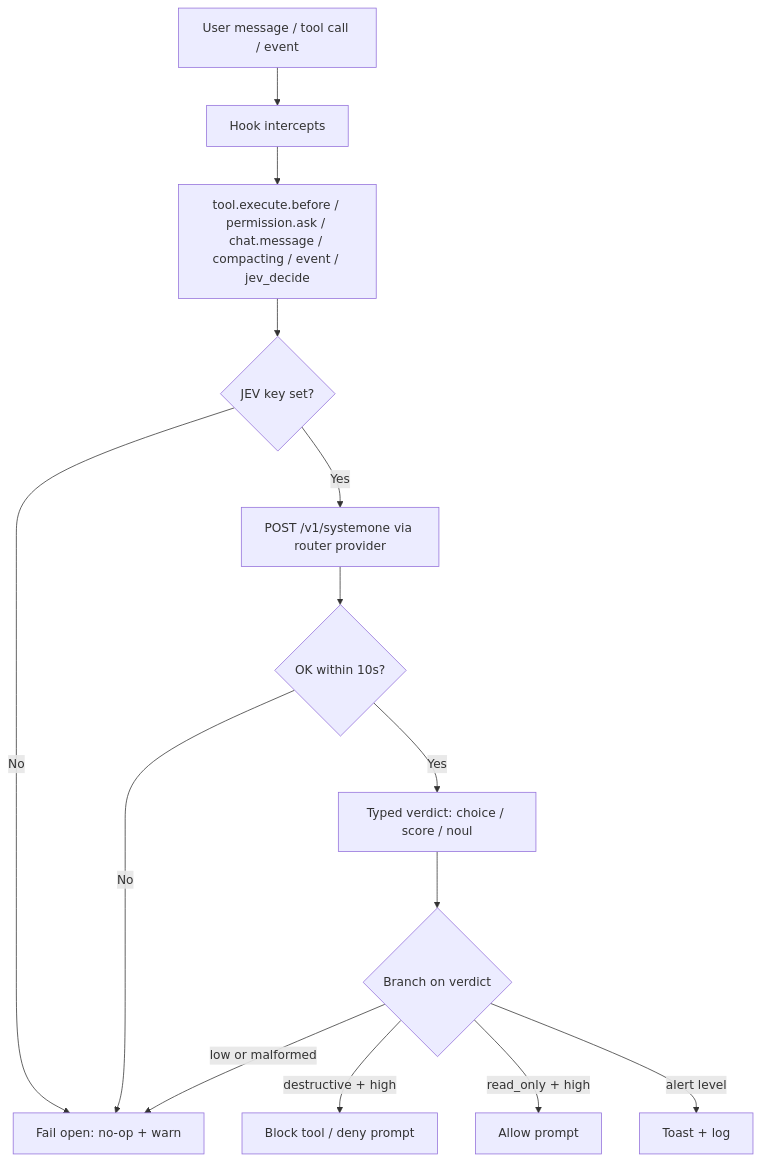
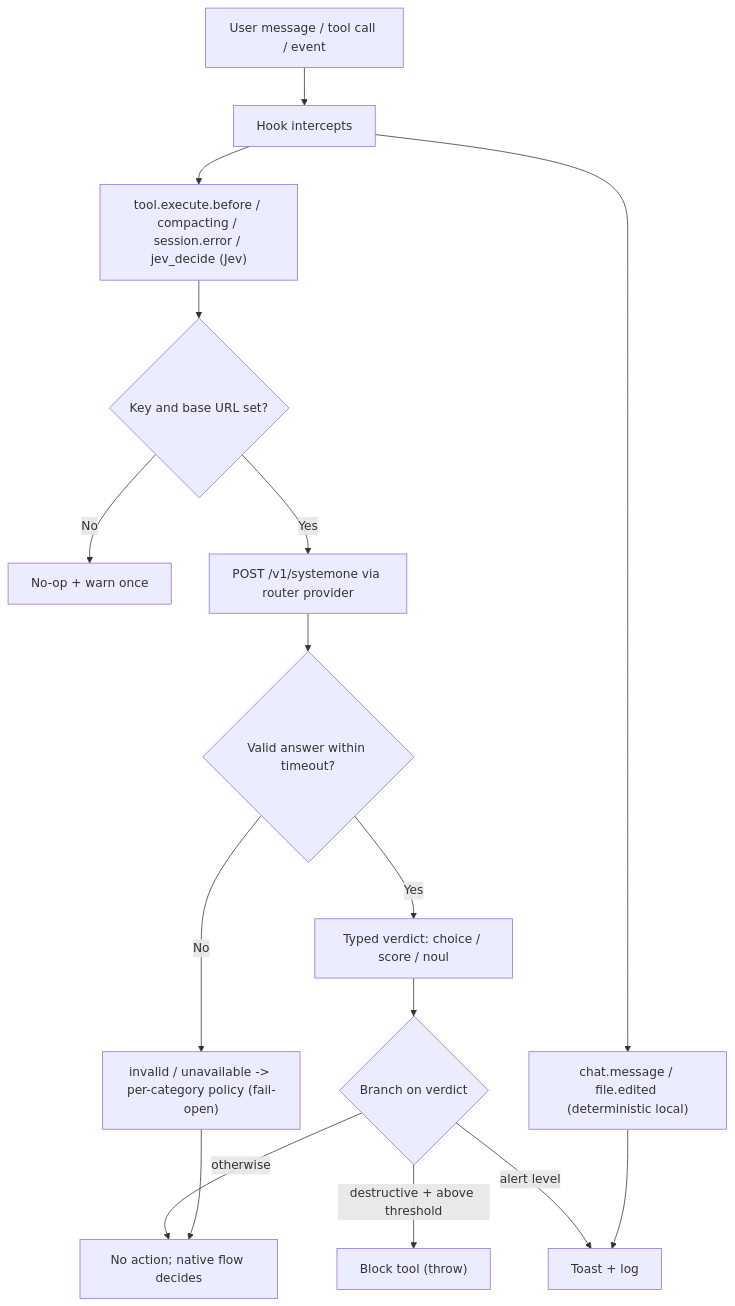
The first of 2 diagrams in src/data/readme/vheins--opencode-system-one.md (qunqin24/opendock), drawn with Mermaid before and after one commit. The commit also changed other lines of this file and 123 other files, not shown here.

````diff
--- a/src/data/readme/vheins--opencode-system-one.md
+++ b/src/data/readme/vheins--opencode-system-one.md
@@ -15,16 +19,18 @@
 ```mermaid
 flowchart TD
   A["User message / tool call / event"] --> B["Hook intercepts"]
-  B --> C["tool.execute.before / permission.ask / chat.message / compacting / event / jev_decide"]
-  C --> D{"JEV key set?"}
-  D -->|No| E["Fail open: no-op + warn"]
-  D -->|Yes| F["POST /v1/systemone via router provider"]
-  F --> G{"OK within 10s?"}
-  G -->|No| E
-  G -->|Yes| H["Typed verdict: choice / score / noul"]
-  H --> I{"Branch on verdict"}
-  I -->|destructive + high| J["Block tool / deny prompt"]
-  I -->|read_only + high| K["Allow prompt"]
-  I -->|alert level| L["Toast + log"]
-  I -->|low or malformed| E
+  B --> C["tool.execute.before / compacting / session.error / jev_decide (Jev)"]
+  B --> D["chat.message / file.edited (deterministic local)"]
+  C --> E{"Key and base URL set?"}
+  E -->|No| F["No-op + warn once"]
+  E -->|Yes| G["POST /v1/systemone via router provider"]
+  G --> H{"Valid answer within timeout?"}
+  H -->|No| I["invalid / unavailable -> per-category policy (fail-open)"]
+  H -->|Yes| J["Typed verdict: choice / score / noul"]
+  J --> K{"Branch on verdict"}
+  K -->|destructive + above threshold| L["Block tool (throw)"]
+  K -->|alert level| M["Toast + log"]
+  K -->|otherwise| N["No action; native flow decides"]
+  I --> N
+  D --> M
 ```
````
